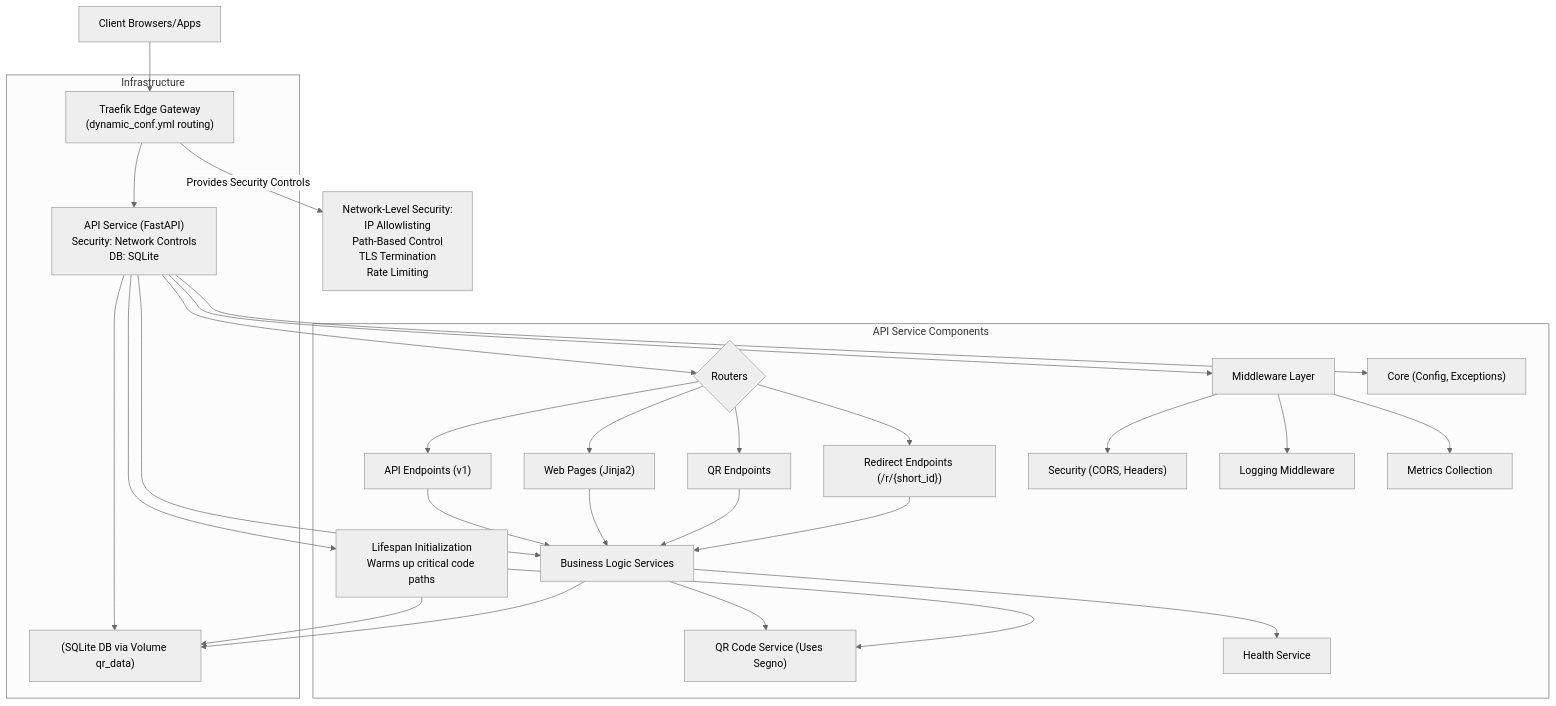
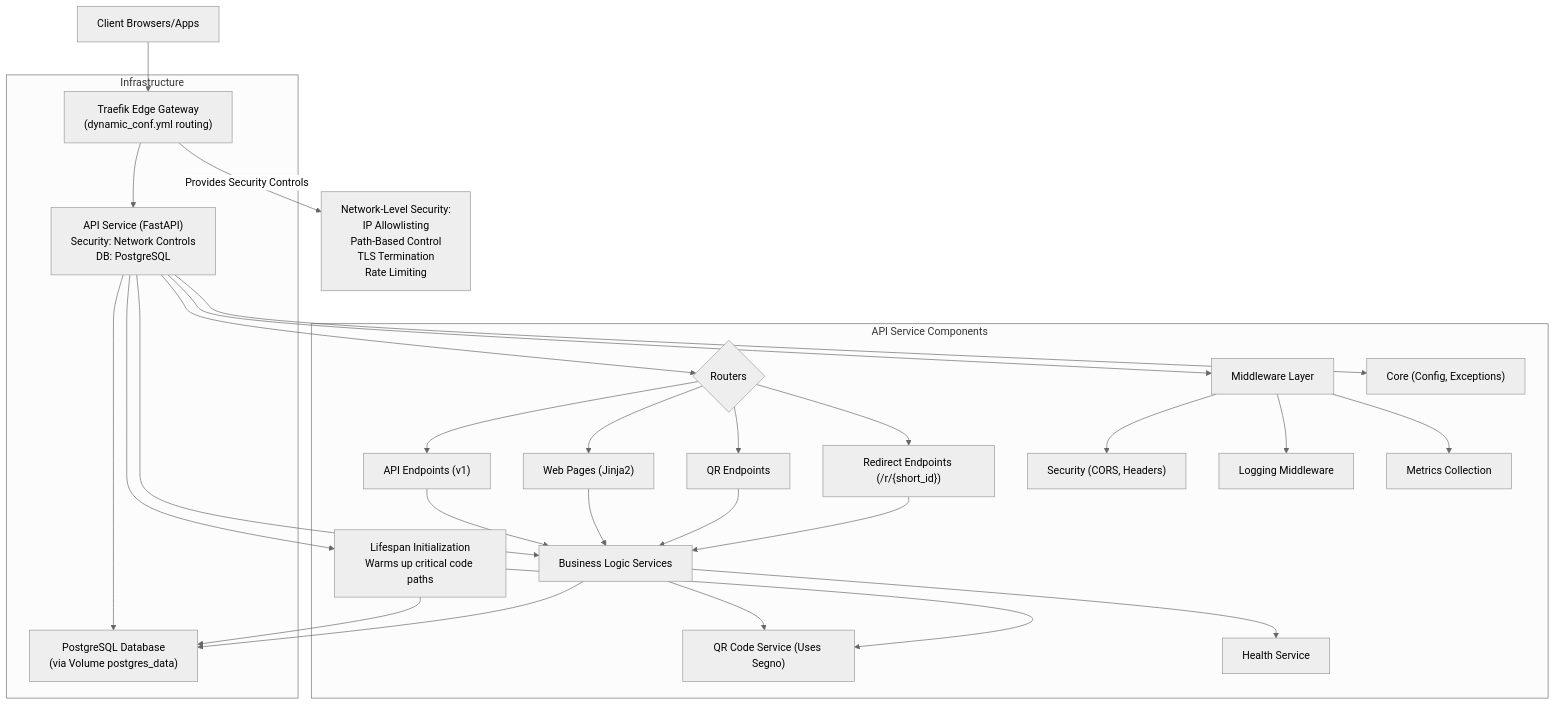
The first of 3 diagrams in STORY.md (gsinghjay/mvp_qr_gen), drawn with Mermaid (neutral theme) before and after one commit. The commit also changed other lines of this file, not shown here.

Commit message:
docs: update project story to reflect PostgreSQL migration

````diff
--- a/STORY.md
+++ b/STORY.md
@@ -5,41 +5,41 @@
 ```mermaid
 graph TD
     Client["Client Browsers/Apps"] --> Traefik["Traefik Edge Gateway<br>(dynamic_conf.yml routing)"]
 
     subgraph "Infrastructure"
-        Traefik --> API_Service["API Service (FastAPI)<br>Security: Network Controls<br>DB: SQLite"]
-        API_Service --> API_DB["(SQLite DB via Volume qr_data)"]
+        Traefik --> API_Service["API Service (FastAPI)<br>Security: Network Controls<br>DB: PostgreSQL"]
+        API_Service --> PostgreSQL["PostgreSQL Database<br>(via Volume postgres_data)"]
     end
 
     subgraph "API Service Components"
         API_Service --> Routers{"Routers"}
         Routers --> API_Endpoints["API Endpoints (v1)"]
         Routers --> Web_Pages["Web Pages (Jinja2)"]
         Routers --> QR_Endpoints["QR Endpoints"]
         Routers --> Redirect_Endpoints["Redirect Endpoints (/r/{short_id})"]
 
         API_Service --> Middleware["Middleware Layer"]
         Middleware --> Security["Security (CORS, Headers)"]
         Middleware --> Logging["Logging Middleware"]
         Middleware --> Metrics["Metrics Collection"]
 
         API_Service --> Services["Business Logic Services"]
         Services --> QR_Service["QR Code Service (Uses Segno)"]
         Services --> Health_Service["Health Service"]
 
         API_Service --> Core["Core (Config, Exceptions)"]
         
         API_Service --> Initialization["Lifespan Initialization<br>Warms up critical code paths"]
         Initialization --> QR_Service
-        Initialization --> API_DB
+        Initialization --> PostgreSQL
     end
 
     API_Endpoints --> Services
     Web_Pages --> Services
     QR_Endpoints --> Services
     Redirect_Endpoints --> Services
 
-    Services --> API_DB
+    Services --> PostgreSQL
 
     Traefik -- "Provides Security Controls" --> Security_Controls["Network-Level Security:<br>IP Allowlisting<br>Path-Based Control<br>TLS Termination<br>Rate Limiting"]
 ```
````
